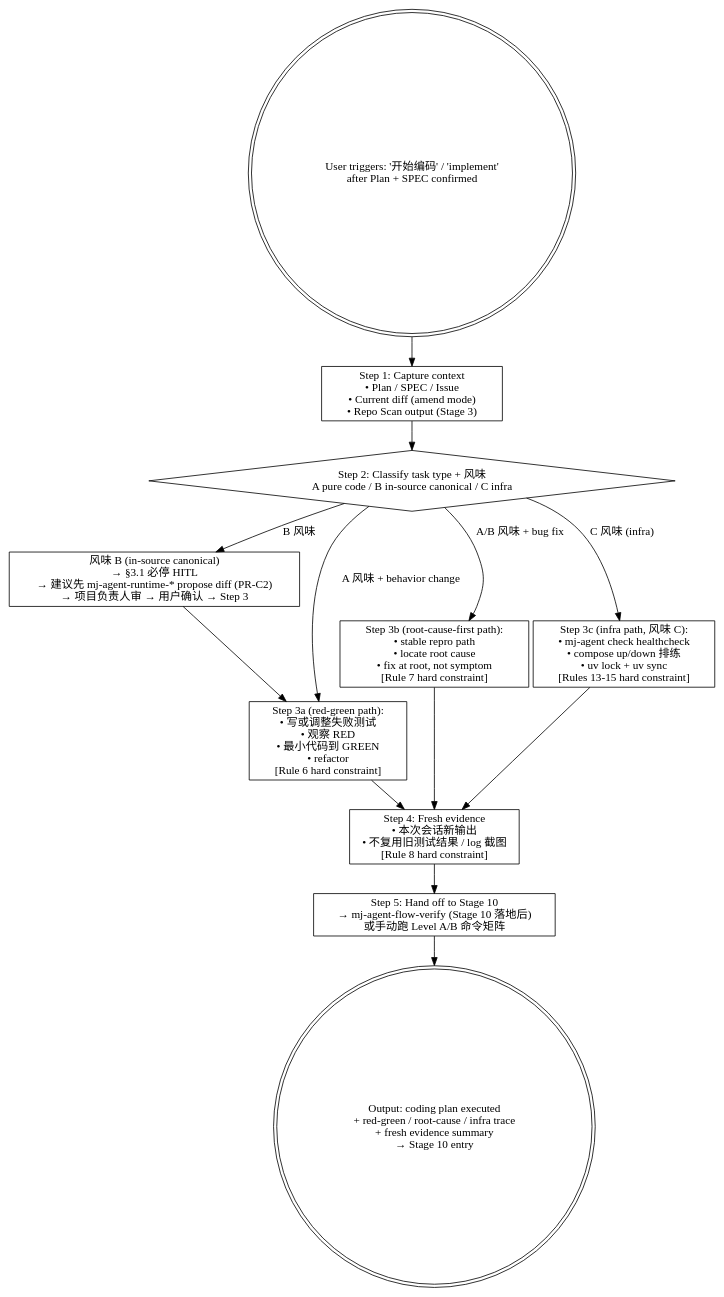
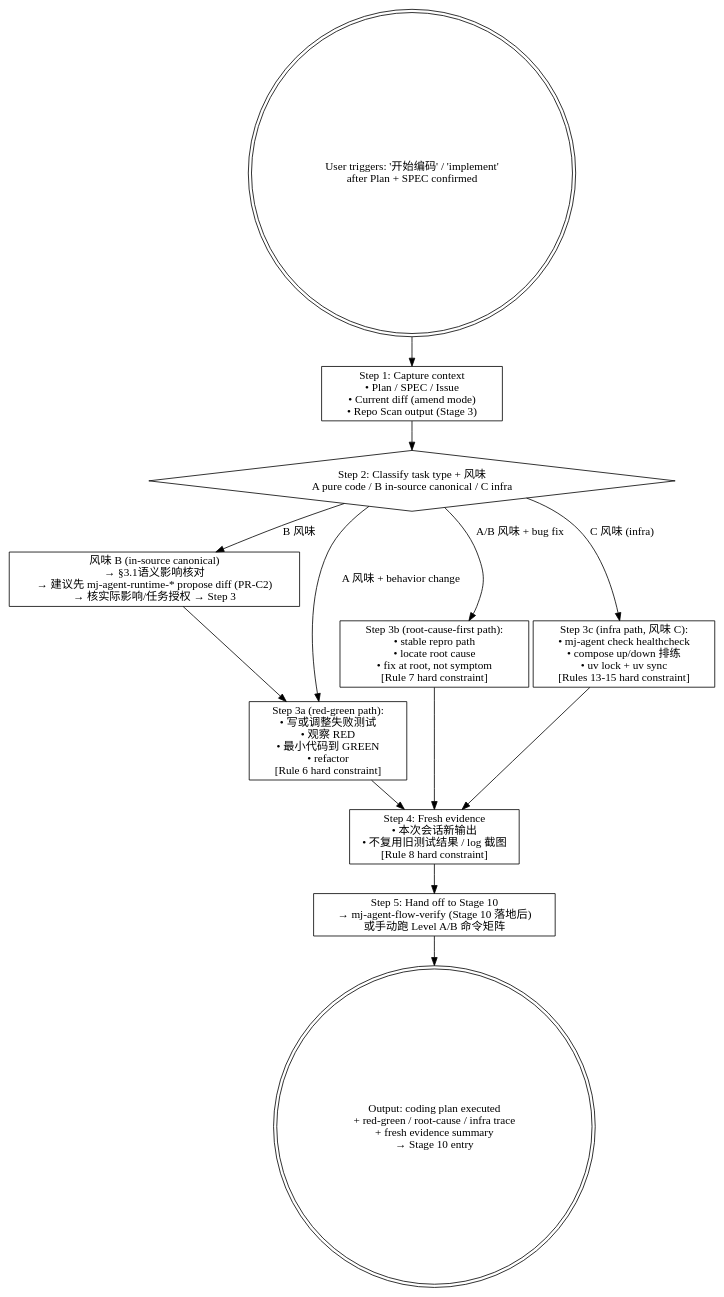
Before and after one commit to MJ-AgentLab/mj-agent: the diagram in .agents/skills/mj-agent-flow-implement/SKILL.md, drawn with Graphviz. The commit also changed other lines of this file and 134 other files, not shown here.

````diff
--- a/.agents/skills/mj-agent-flow-implement/SKILL.md
+++ b/.agents/skills/mj-agent-flow-implement/SKILL.md
@@ -35,35 +36,35 @@
 ```dot
 digraph implement {
   rankdir=TB;
   start [label="User triggers: '开始编码' / 'implement'\nafter Plan + SPEC confirmed" shape=doublecircle];
 
   s1 [label="Step 1: Capture context\n• Plan / SPEC / Issue\n• Current diff (amend mode)\n• Repo Scan output (Stage 3)" shape=box];
 
   s2 [label="Step 2: Classify task type + 风味\nA pure code / B in-source canonical / C infra" shape=diamond];
 
-  hitl_b [label="风味 B (in-source canonical)\n→ §3.1 必停 HITL\n→ 建议先 mj-agent-runtime-* propose diff (PR-C2)\n→ 项目负责人审 → 用户确认 → Step 3" shape=box];
+  hitl_b [label="风味 B (in-source canonical)\n→ §3.1语义影响核对\n→ 建议先 mj-agent-runtime-* propose diff (PR-C2)\n→ 核实际影响/任务授权 → Step 3" shape=box];
 
   s3a [label="Step 3a (red-green path):\n• 写或调整失败测试\n• 观察 RED\n• 最小代码到 GREEN\n• refactor\n[Rule 6 hard constraint]" shape=box];
 
   s3b [label="Step 3b (root-cause-first path):\n• stable repro path\n• locate root cause\n• fix at root, not symptom\n[Rule 7 hard constraint]" shape=box];
 
   s3c [label="Step 3c (infra path, 风味 C):\n• mj-agent check healthcheck\n• compose up/down 排练\n• uv lock + uv sync\n[Rules 13-15 hard constraint]" shape=box];
 
   s4 [label="Step 4: Fresh evidence\n• 本次会话新输出\n• 不复用旧测试结果 / log 截图\n[Rule 8 hard constraint]" shape=box];
 
   s5 [label="Step 5: Hand off to Stage 10\n→ mj-agent-flow-verify (Stage 10 落地后)\n或手动跑 Level A/B 命令矩阵" shape=box];
 
   out [label="Output: coding plan executed\n+ red-green / root-cause / infra trace\n+ fresh evidence summary\n→ Stage 10 entry" shape=doublecircle];
 
   start -> s1 -> s2;
   s2 -> hitl_b [label="B 风味"];
   hitl_b -> s3a;
   s2 -> s3a [label="A 风味 + behavior change"];
   s2 -> s3b [label="A/B 风味 + bug fix"];
   s2 -> s3c [label="C 风味 (infra)"];
   s3a -> s4;
   s3b -> s4;
   s3c -> s4;
   s4 -> s5 -> out;
 }
 ```
````
